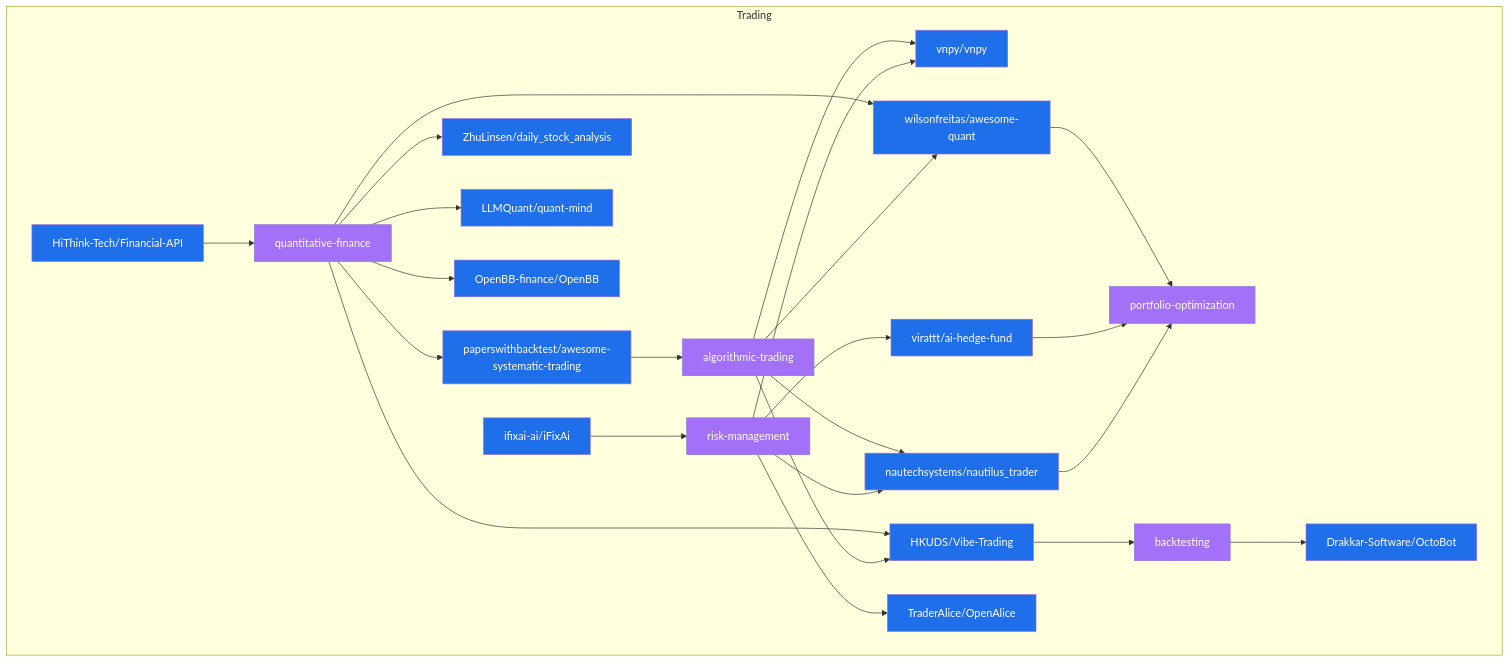
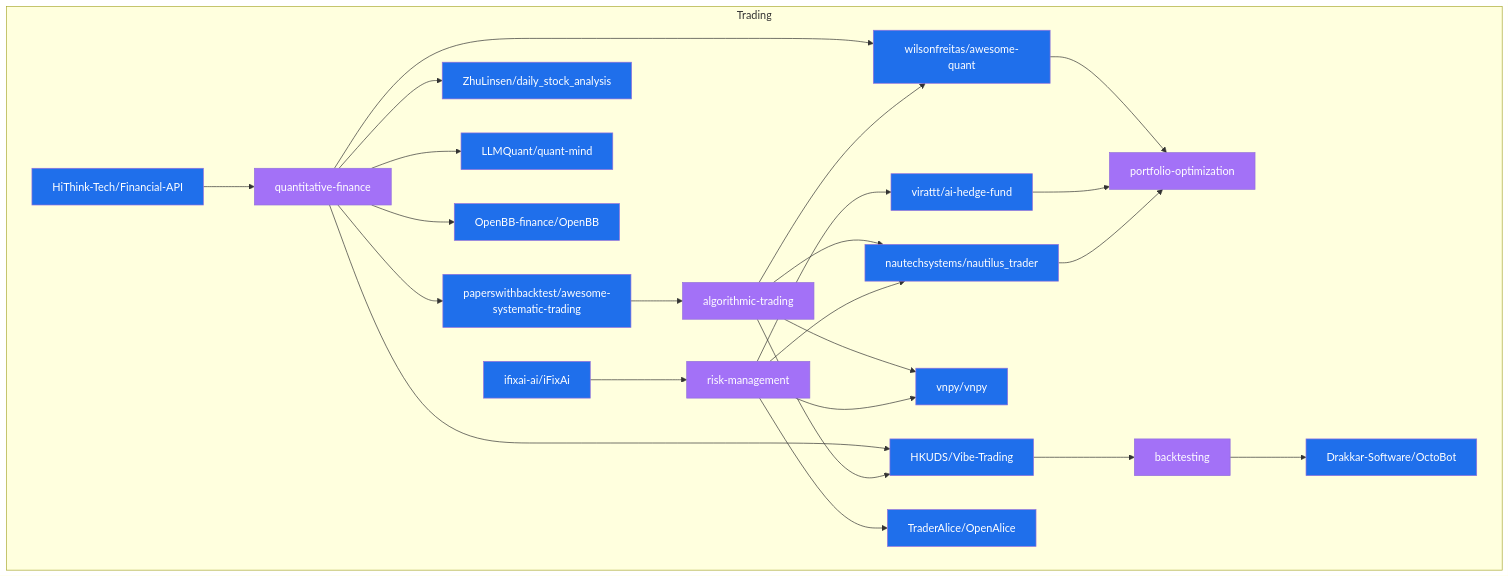
One commit to Meru143/star-graph changed the diagram in data/star_graph_trading.mermaid. Above: the diagram before and after it, drawn with Mermaid. The commit also changed other lines of this file and 17 other files, not shown here.

```diff
--- a/data/star_graph_trading.mermaid
+++ b/data/star_graph_trading.mermaid
@@ -1,48 +1,48 @@
 graph TD
   subgraph trading ["Trading"]
+    nautechsystems_nautilus_trader["nautechsystems/nautilus_trader"]:::repo
+    LLMQuant_quant_mind["LLMQuant/quant-mind"]:::repo
+    TraderAlice_OpenAlice["TraderAlice/OpenAlice"]:::repo
+    virattt_ai_hedge_fund["virattt/ai-hedge-fund"]:::repo
+    wilsonfreitas_awesome_quant["wilsonfreitas/awesome-quant"]:::repo
+    OpenBB_finance_OpenBB["OpenBB-finance/OpenBB"]:::repo
+    Drakkar_Software_OctoBot["Drakkar-Software/OctoBot"]:::repo
+    risk_management["risk-management"]:::topic
+    backtesting["backtesting"]:::topic
+    quantitative_finance["quantitative-finance"]:::topic
+    algorithmic_trading["algorithmic-trading"]:::topic
+    ifixai_ai_iFixAi["ifixai-ai/iFixAi"]:::repo
+    HKUDS_Vibe_Trading["HKUDS/Vibe-Trading"]:::repo
     vnpy_vnpy["vnpy/vnpy"]:::repo
     paperswithbacktest_awesome_systematic_trading["paperswithbacktest/awesome-systematic-trading"]:::repo
-    nautechsystems_nautilus_trader["nautechsystems/nautilus_trader"]:::repo
     HiThink_Tech_Financial_API["HiThink-Tech/Financial-API"]:::repo
-    algorithmic_trading["algorithmic-trading"]:::topic
+    ZhuLinsen_daily_stock_analysis["ZhuLinsen/daily_stock_analysis"]:::repo
     portfolio_optimization["portfolio-optimization"]:::topic
-    risk_management["risk-management"]:::topic
-    HKUDS_Vibe_Trading["HKUDS/Vibe-Trading"]:::repo
-    TraderAlice_OpenAlice["TraderAlice/OpenAlice"]:::repo
-    wilsonfreitas_awesome_quant["wilsonfreitas/awesome-quant"]:::repo
-    ifixai_ai_iFixAi["ifixai-ai/iFixAi"]:::repo
-    quantitative_finance["quantitative-finance"]:::topic
-    LLMQuant_quant_mind["LLMQuant/quant-mind"]:::repo
-    OpenBB_finance_OpenBB["OpenBB-finance/OpenBB"]:::repo
-    backtesting["backtesting"]:::topic
-    ZhuLinsen_daily_stock_analysis["ZhuLinsen/daily_stock_analysis"]:::repo
-    virattt_ai_hedge_fund["virattt/ai-hedge-fund"]:::repo
-    Drakkar_Software_OctoBot["Drakkar-Software/OctoBot"]:::repo
   end
   HiThink_Tech_Financial_API --> quantitative_finance
   quantitative_finance --> paperswithbacktest_awesome_systematic_trading
   quantitative_finance --> ZhuLinsen_daily_stock_analysis
   quantitative_finance --> wilsonfreitas_awesome_quant
   quantitative_finance --> HKUDS_Vibe_Trading
   quantitative_finance --> LLMQuant_quant_mind
   quantitative_finance --> OpenBB_finance_OpenBB
   paperswithbacktest_awesome_systematic_trading --> algorithmic_trading
   algorithmic_trading --> HKUDS_Vibe_Trading
   algorithmic_trading --> wilsonfreitas_awesome_quant
   algorithmic_trading --> nautechsystems_nautilus_trader
   algorithmic_trading --> vnpy_vnpy
   ifixai_ai_iFixAi --> risk_management
   risk_management --> virattt_ai_hedge_fund
   risk_management --> nautechsystems_nautilus_trader
   risk_management --> TraderAlice_OpenAlice
   risk_management --> vnpy_vnpy
   wilsonfreitas_awesome_quant --> portfolio_optimization
   virattt_ai_hedge_fund --> portfolio_optimization
   HKUDS_Vibe_Trading --> backtesting
   backtesting --> Drakkar_Software_OctoBot
   nautechsystems_nautilus_trader --> portfolio_optimization
   classDef repo fill:#1f6feb,color:#fff;
   classDef topic fill:#a371f7,color:#fff;
   classDef technology fill:#3fb950,color:#fff;
   classDef use_case fill:#d29922,color:#fff;
   classDef architecture fill:#f85149,color:#fff;
```
